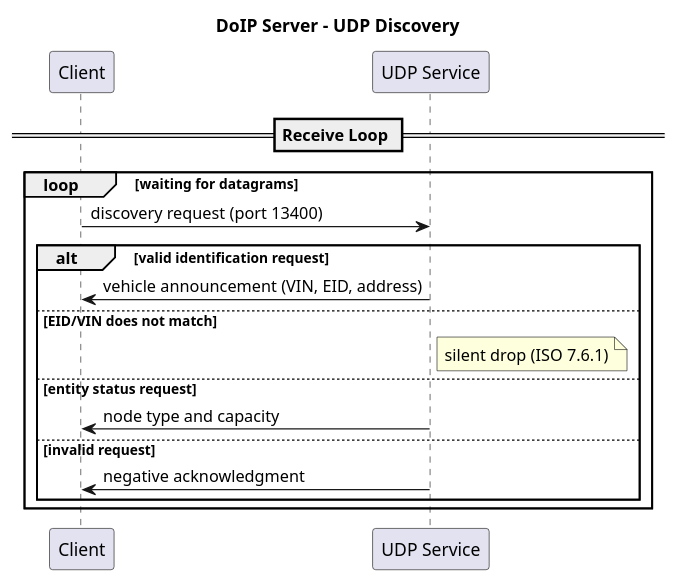
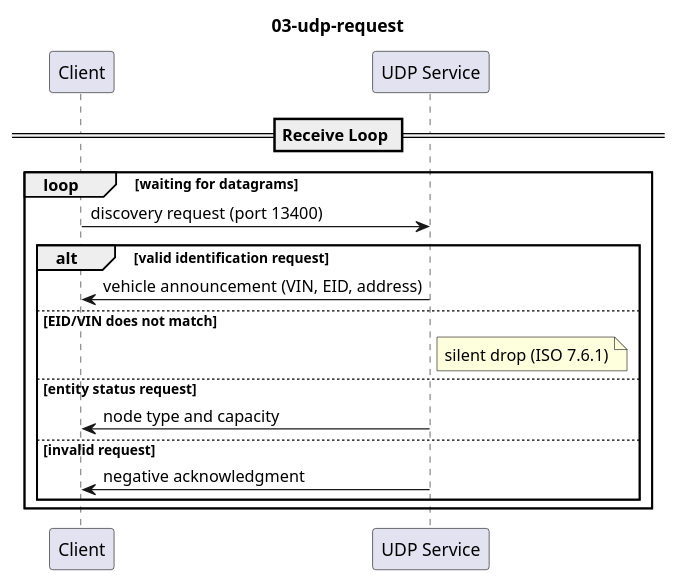
Before and after one commit to VinaykumarRS1995/uds2sovd-proxy: the diagram in docs/03-udp-request.puml, drawn with PlantUML. The commit also changed 48 other files, not shown here.

```diff
--- a/docs/03-udp-request.puml
+++ b/docs/03-udp-request.puml
@@ -1,36 +1,35 @@
 @startuml UDP_Request_Handling
-title DoIP Server - UDP Discovery
-
+title 03-udp-request
 <style>
 sequenceDiagram {
     LineType ortho
     MessageAlign center
     ResponseMessageBelowArrow true
     ParticipantPadding 40
 }
 </style>
 
 participant "Client" as Client
 participant "UDP Service" as Udp
 
 == Receive Loop ==
 
 loop waiting for datagrams
 
     Client -> Udp: discovery request (port 13400)
 
     alt valid identification request
         Udp -> Client: vehicle announcement (VIN, EID, address)
     else EID/VIN does not match
         note right of Udp
             silent drop (ISO 7.6.1)
         end note
     else entity status request
         Udp -> Client: node type and capacity
     else invalid request
         Udp -> Client: negative acknowledgment
     end
 
 end
 
 @enduml
```
